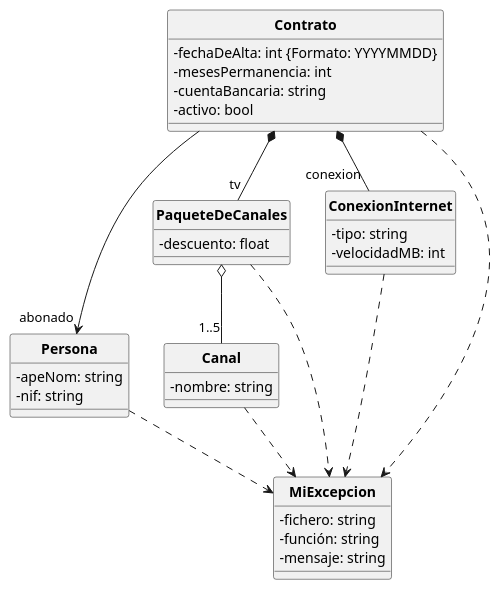
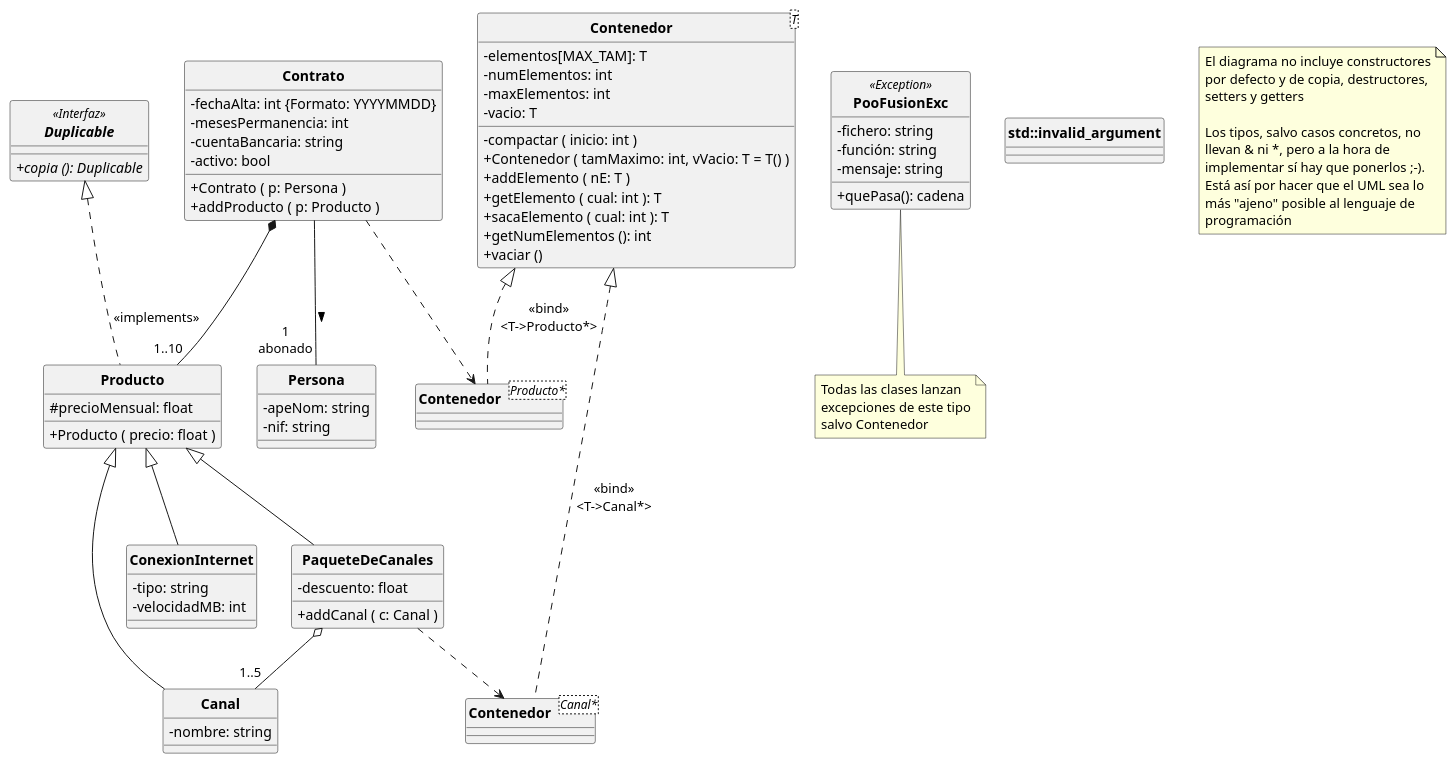
The diagram in PooFusion.puml (POOUJA/PooFusion), drawn with PlantUML before and after one commit. The commit also changed 7 other files, not shown here.

```diff
--- a/PooFusion.puml
+++ b/PooFusion.puml
@@ -1,48 +1,105 @@
 @startuml
 
 hide circle
 skinparam classattributeiconsize 0
 skinparam classFontStyle bold
 
-class Contrato {
- - fechaDeAlta: int {Formato: YYYYMMDD}
- - mesesPermanencia: int
- - cuentaBancaria: string
- - activo: bool
+interface Duplicable<<Interfaz>> {
+   + {abstract} copia (): Duplicable
 }
 
 class Persona {
- - apeNom: string
- - nif: string
+   - apeNom: string
+   - nif: string
 }
 
-class PaqueteDeCanales{
- - descuento: float
+class Contrato {
+   - fechaAlta: int {Formato: YYYYMMDD}
+   - mesesPermanencia: int
+   - cuentaBancaria: string
+   - activo: bool
+   + Contrato ( p: Persona )
+   + addProducto ( p: Producto )
+}
+
+class Producto {
+   # precioMensual: float
+   + Producto ( precio: float )
 }
 
 class ConexionInternet {
- - tipo: string
- - velocidadMB: int
+   - tipo: string
+   - velocidadMB: int
 }
 
 class Canal {
- - nombre: string
+   - nombre: string
 }
 
-class MiExcepcion{
- - fichero: string
- - función: string
- - mensaje: string
+class PaqueteDeCanales {
+   - descuento: float
+   + addCanal ( c: Canal )
 }
 
-Contrato *-- "conexion" ConexionInternet
-Contrato *-- "tv" PaqueteDeCanales
-Contrato --> "abonado" Persona
-PaqueteDeCanales o-- "1..5" Canal
-Contrato ..> MiExcepcion
-Canal ..> MiExcepcion
-ConexionInternet ..> MiExcepcion
-Persona ..> MiExcepcion
-PaqueteDeCanales ..> MiExcepcion
+class Contenedor<T> {
+   - elementos[MAX_TAM]: T
+   - numElementos: int
+   - maxElementos: int
+   - vacio: T
+
+   - compactar ( inicio: int )
+   + Contenedor ( tamMaximo: int, vVacio: T = T() )
+   + addElemento ( nE: T )
+   + getElemento ( cual: int ): T
+   + sacaElemento ( cual: int ): T
+   + getNumElementos (): int
+   + vaciar ()
+}
+
+class PooFusionExc<<Exception>> {
+   - fichero: string
+   - función: string
+   - mensaje: string
+   + quePasa(): cadena
+}
+note bottom of PooFusionExc
+   Todas las clases lanzan
+   excepciones de este tipo
+   salvo Contenedor
+end note
+
+class std::invalid_argument
+
+class "Contenedor<Canal*>" as CC {
+}
+
+class "Contenedor<Producto*>" as CP{
+}
+
+
+Contrato -- "1\nabonado" Persona: >
+Producto <|-- ConexionInternet 
+Producto <|-- Canal
+Producto <|-- PaqueteDeCanales
+Contenedor <|.. CP: <<bind>>\n<T->Producto*>
+Contrato ..> CP
+Contrato *-- "1..10" Producto
+Duplicable <|.. Producto: <<implements>>
+Contenedor <|.. CC: <<bind>>\n<T->Canal*>
+PaqueteDeCanales o-- "1..5"Canal
+PaqueteDeCanales ..> CC
+
+note as Nota1
+   El diagrama no incluye constructores
+   por defecto y de copia, destructores,
+   setters y getters
+
+   Los tipos, salvo casos concretos, no
+   llevan & ni *, pero a la hora de
+   implementar sí hay que ponerlos ;-). 
+   Está así por hacer que el UML sea lo
+   más "ajeno" posible al lenguaje de
+   programación
+end note
 
 @enduml
```
